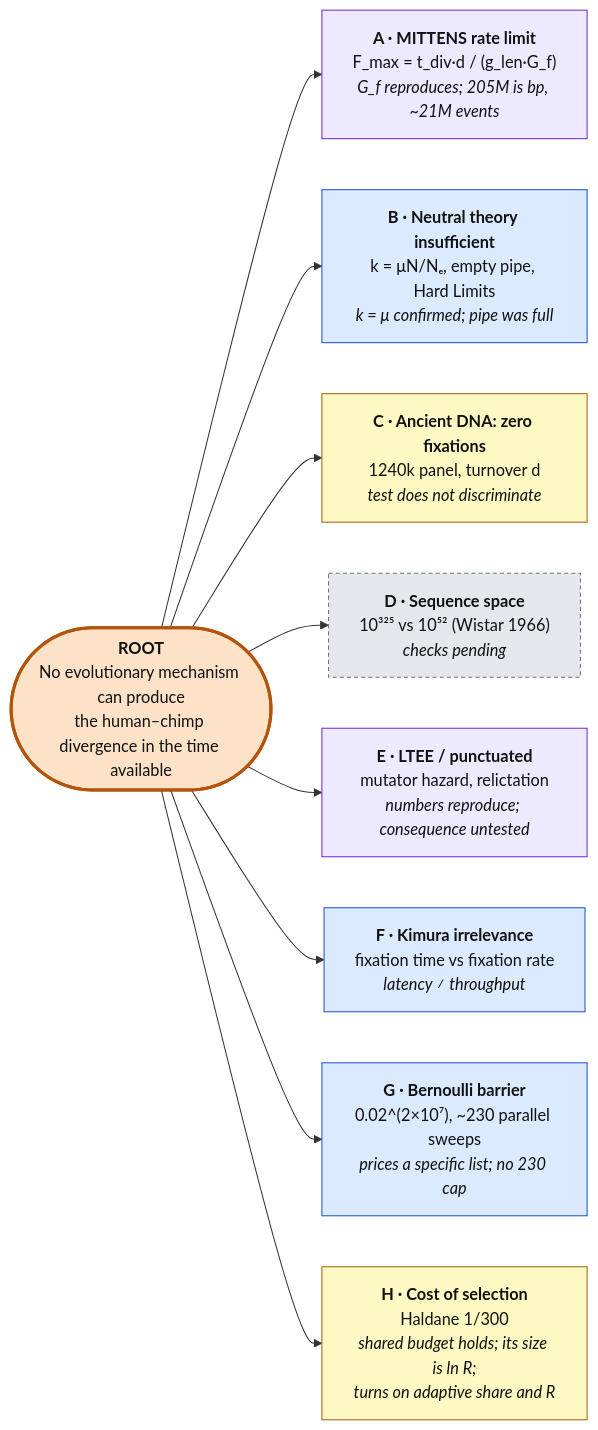
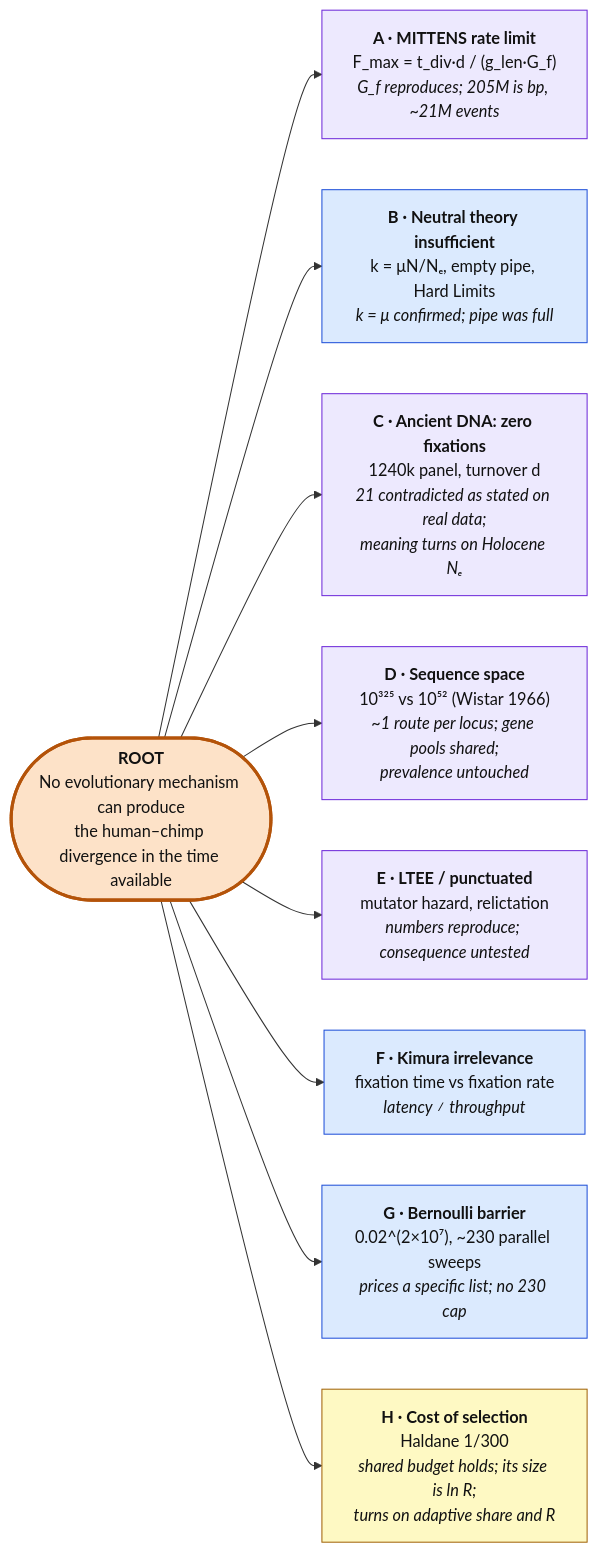
The first of 2 diagrams in README.md (nickallevato/evo-sim), drawn with Mermaid before and after one commit. The commit also changed other lines of this file and 50 other files, not shown here.

First line of the commit message:
Integrate R4 C1c, C1d, D1 (reviews #9-#11): C6/C7 contradicted as stated, C5b holds (slip ledger)/supported, B2e contested, D1d supported, D2h partial; A3 load-bearing; defeaters d279-d300; post 9; board v19

````diff
--- a/README.md
+++ b/README.md
@@ -67,21 +69,21 @@
 ```mermaid
 flowchart LR
   ROOT(["<b>ROOT</b><br/>No evolutionary mechanism can produce<br/>the human–chimp divergence in the time available"]):::day
 
   A["<b>A · MITTENS rate limit</b><br/>F_max = t_div·d / (g_len·G_f)<br/><i>G_f reproduces; 205M is bp, ~21M events</i>"]:::mixed
   B["<b>B · Neutral theory insufficient</b><br/>k = μN/Nₑ, empty pipe, Hard Limits<br/><i>k = μ confirmed; pipe was full</i>"]:::critic
-  C["<b>C · Ancient DNA: zero fixations</b><br/>1240k panel, turnover d<br/><i>test does not discriminate</i>"]:::open
-  D["<b>D · Sequence space</b><br/>10³²⁵ vs 10⁵² (Wistar 1966)<br/><i>checks pending</i>"]:::todo
+  C["<b>C · Ancient DNA: zero fixations</b><br/>1240k panel, turnover d<br/><i>21 contradicted as stated on real data;<br/>meaning turns on Holocene Nₑ</i>"]:::mixed
+  D["<b>D · Sequence space</b><br/>10³²⁵ vs 10⁵² (Wistar 1966)<br/><i>~1 route per locus; gene pools shared;<br/>prevalence untouched</i>"]:::mixed
   E["<b>E · LTEE / punctuated</b><br/>mutator hazard, relictation<br/><i>numbers reproduce; consequence untested</i>"]:::mixed
   F["<b>F · Kimura irrelevance</b><br/>fixation time vs fixation rate<br/><i>latency ≠ throughput</i>"]:::critic
   G["<b>G · Bernoulli barrier</b><br/>0.02^(2×10⁷), ~230 parallel sweeps<br/><i>prices a specific list; no 230 cap</i>"]:::critic
   H["<b>H · Cost of selection</b><br/>Haldane 1/300<br/><i>shared budget holds; its size is ln R;<br/>turns on adaptive share and R</i>"]:::open
 
   ROOT --> A & B & C & D & E & F & G & H
 
   classDef day fill:#fde2c8,stroke:#b45309,stroke-width:3px,color:#111
   classDef critic fill:#dbeafe,stroke:#1d4ed8,color:#111
   classDef mixed fill:#ede9fe,stroke:#6d28d9,color:#111
   classDef open fill:#fef9c3,stroke:#a16207,color:#111
   classDef todo fill:#e5e7eb,stroke:#6b7280,color:#111,stroke-dasharray:4 3
 ```
````
